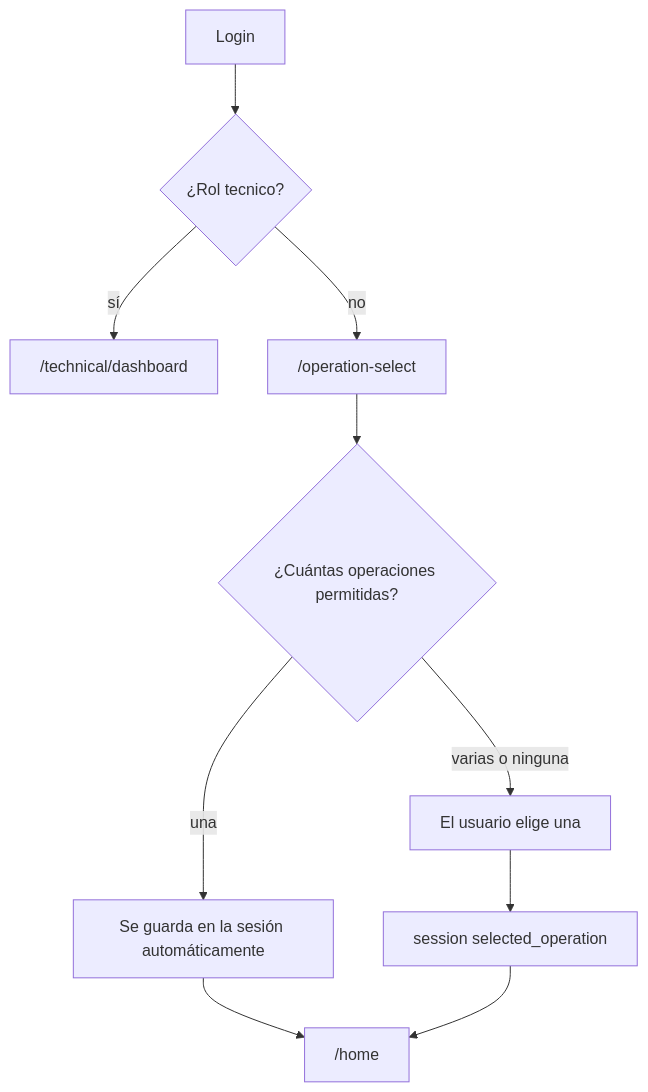
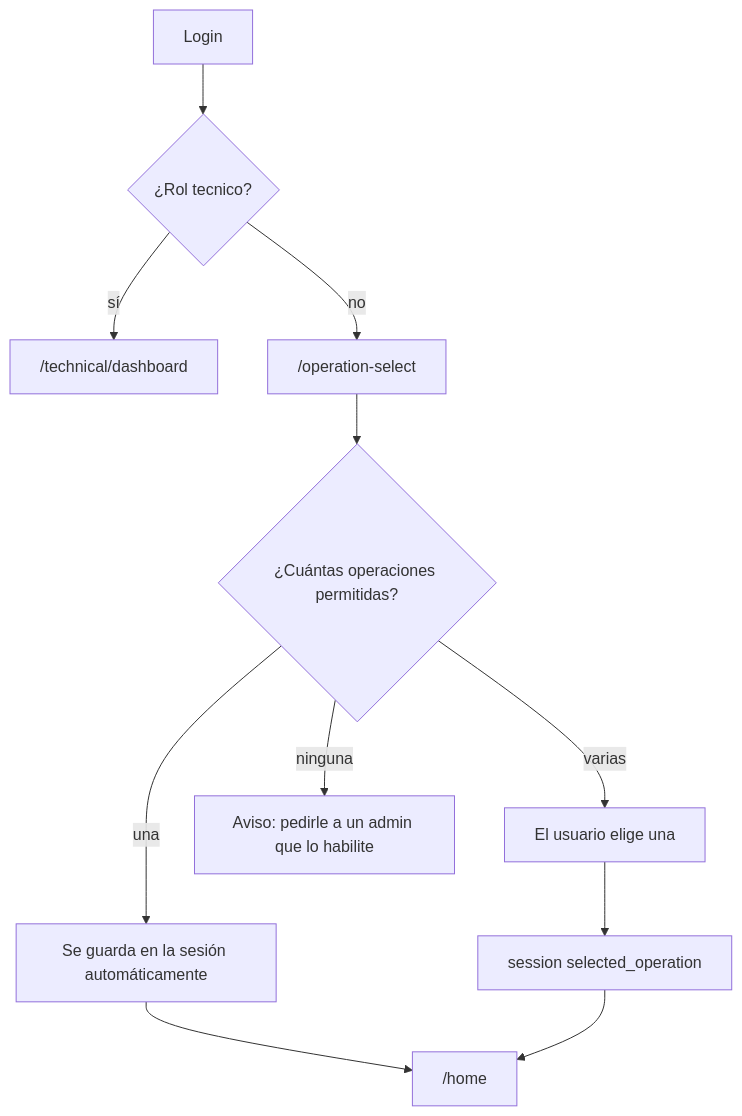
The second of 3 diagrams in docs/flujos-de-negocio.md (facundomassa/stock_system_laravel), drawn with Mermaid before and after one commit. The commit also changed other lines of this file and 15 other files, not shown here.

````diff
--- a/docs/flujos-de-negocio.md
+++ b/docs/flujos-de-negocio.md
@@ -18,9 +18,10 @@
 ```mermaid
 flowchart TD
     L[Login] --> A{¿Rol tecnico?}
     A -- sí --> TD["/technical/dashboard"]
     A -- no --> OS["/operation-select"]
     OS --> B{¿Cuántas operaciones permitidas?}
     B -- una --> S[Se guarda en la sesión automáticamente] --> H["/home"]
-    B -- varias o ninguna --> E[El usuario elige una] --> S2[session selected_operation] --> H
+    B -- varias --> E[El usuario elige una] --> S2[session selected_operation] --> H
+    B -- ninguna --> N[Aviso: pedirle a un admin que lo habilite]
 ```
````
